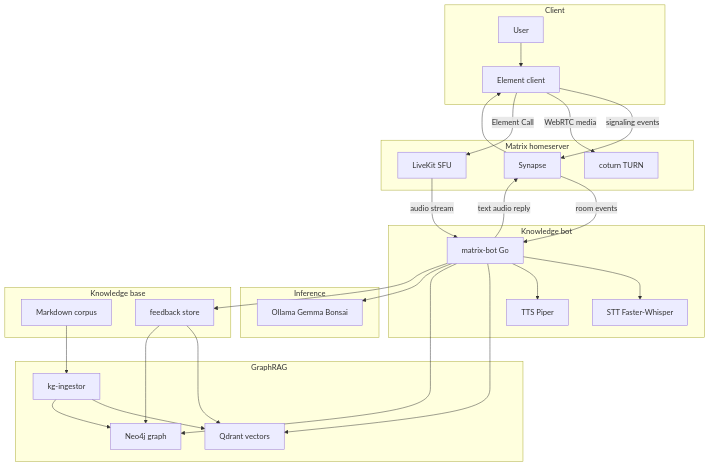
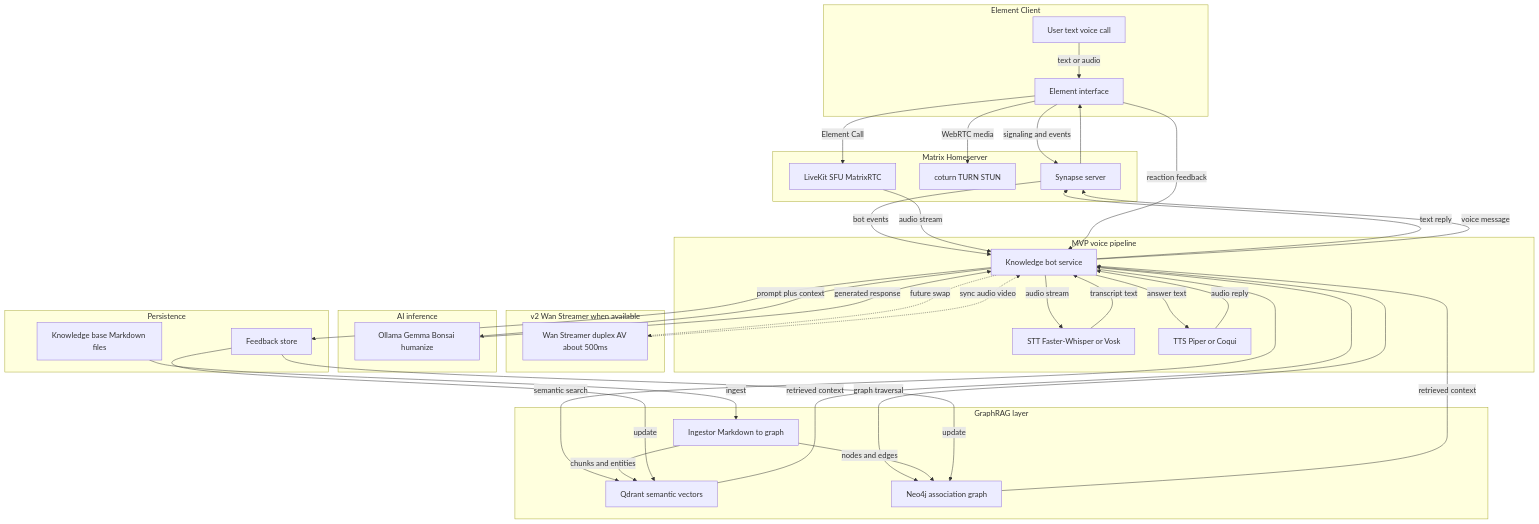
The first of 2 diagrams in _posts/2026-06-25-edelweiss-video-assistant-mvp.md (eSlider/eSlider.github.io), drawn with Mermaid before and after one commit. The commit also changed other lines of this file, not shown here.

Commit message:
docs: update Edelweiss video assistant Mermaid with Wan Streamer v2
Replace simplified flowchart with full MVP pipeline and v2 duplex lane.

````diff
--- a/_posts/2026-06-25-edelweiss-video-assistant-mvp.md
+++ b/_posts/2026-06-25-edelweiss-video-assistant-mvp.md
@@ -33,54 +33,69 @@
 ```mermaid
 flowchart TB
-  subgraph client_layer [Client]
-    User["User"]
-    Element["Element client"]
-    User --> Element
+  subgraph Client["Element Client"]
+    User["User text voice call"]
+    Element["Element interface"]
+    User -->|text or audio| Element
   end
 
-  subgraph matrix_layer [Matrix homeserver]
-    Synapse["Synapse"]
-    Coturn["coturn TURN"]
-    LiveKit["LiveKit SFU"]
-    Element -->|signaling events| Synapse
+  subgraph Matrix["Matrix Homeserver"]
+    Synapse["Synapse server"]
+    Coturn["coturn TURN STUN"]
+    LiveKit["LiveKit SFU MatrixRTC"]
+    Element -->|signaling and events| Synapse
     Element -->|WebRTC media| Coturn
     Element -->|Element Call| LiveKit
   end
 
-  subgraph bot_layer [Knowledge bot]
-    Bot["matrix-bot Go"]
-    STT["STT Faster-Whisper"]
-    TTS["TTS Piper"]
-    Synapse -->|room events| Bot
-    LiveKit -->|audio stream| Bot
-    Bot --> STT
-    Bot --> TTS
+  Bot["Knowledge bot service"]
+
+  Synapse -->|bot events| Bot
+  LiveKit -->|audio stream| Bot
+
+  subgraph VoiceMVP["MVP voice pipeline"]
+    STT["STT Faster-Whisper or Vosk"]
+    TTS["TTS Piper or Coqui"]
+    Bot -->|audio stream| STT
+    STT -->|transcript text| Bot
+    Bot -->|answer text| TTS
+    TTS -->|audio reply| Bot
   end
 
-  subgraph rag_layer [GraphRAG]
-    Qdrant["Qdrant vectors"]
-    Neo4j["Neo4j graph"]
-    Ingestor["kg-ingestor"]
-    Bot --> Qdrant
-    Bot --> Neo4j
-    Ingestor --> Qdrant
-    Ingestor --> Neo4j
+  subgraph VoiceV2["v2 Wan Streamer when available"]
+    Wan["Wan Streamer duplex AV about 500ms"]
+    Bot -.->|future swap| Wan
+    Wan -.->|sync audio video| Bot
   end
 
-  subgraph ai_layer [Inference]
-    Ollama["Ollama Gemma Bonsai"]
-    Bot --> Ollama
+  subgraph GraphRAG["GraphRAG layer"]
+    Qdrant["Qdrant semantic vectors"]
+    Neo4j["Neo4j association graph"]
+    Ingestor["Ingestor Markdown to graph"]
+    Bot -->|semantic search| Qdrant
+    Bot -->|graph traversal| Neo4j
+    Qdrant -->|retrieved context| Bot
+    Neo4j -->|retrieved context| Bot
   end
 
-  subgraph persistence [Knowledge base]
-    Docs["Markdown corpus"]
-    Feedback["feedback store"]
-    Docs --> Ingestor
-    Bot --> Feedback
-    Feedback --> Qdrant
-    Feedback --> Neo4j
+  subgraph AI["AI inference"]
+    LLM["Ollama Gemma Bonsai humanize"]
+    Bot -->|prompt plus context| LLM
+    LLM -->|generated response| Bot
   end
 
-  Bot -->|text audio reply| Synapse
+  subgraph Persistence["Persistence"]
+    KB["Knowledge base Markdown files"]
+    FB["Feedback store"]
+    KB -->|ingest| Ingestor
+    Ingestor -->|chunks and entities| Qdrant
+    Ingestor -->|nodes and edges| Neo4j
+    Bot --> FB
+    FB -->|update| Qdrant
+    FB -->|update| Neo4j
+  end
+
+  Bot -->|text reply| Synapse
+  Bot -->|voice message| Synapse
   Synapse --> Element
+  Element -->|reaction feedback| Bot
 ```
````
